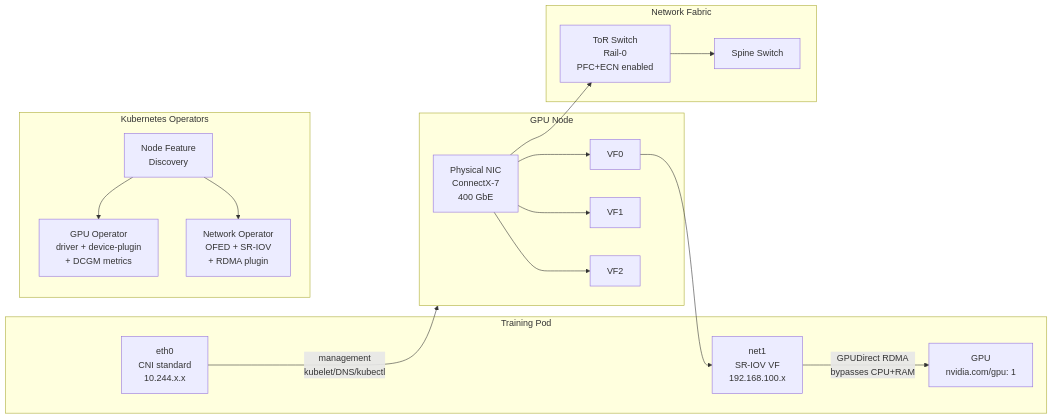
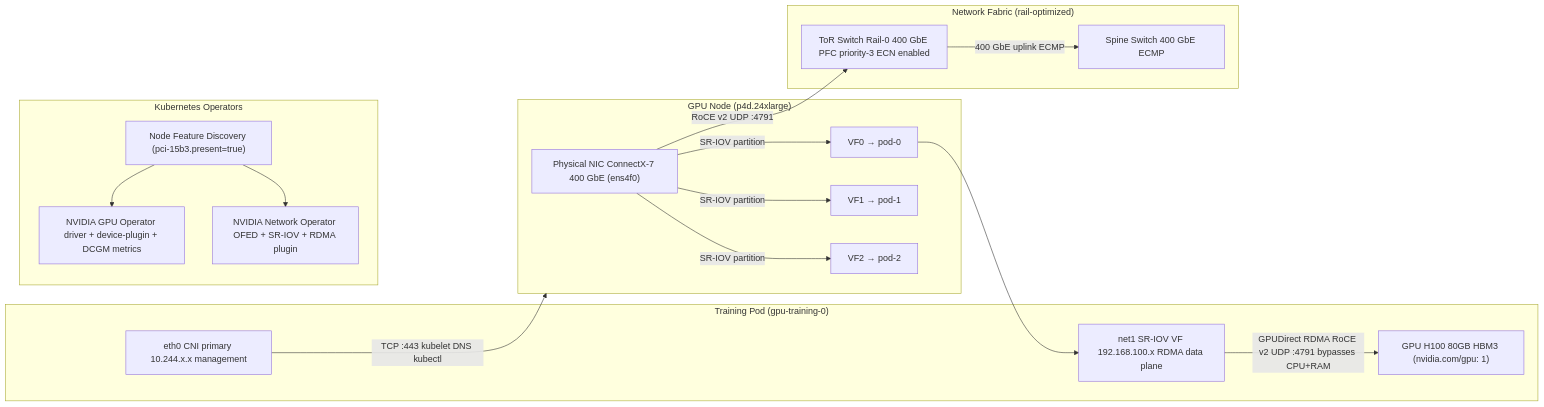
One commit to MykolaLebid/Kubernetes_networking_engineering changed the second of 4 diagrams in lessons/34-ai-platform-networking.md. Above: the diagram before and after it, drawn with Mermaid. The commit also changed other lines of this file and 35 other files, not shown here.

First line of the commit message:
Restructure all 34 lessons: Theory/Practice split, richer diagrams, industry examples, navigation

````diff
--- a/lessons/34-ai-platform-networking.md
+++ b/lessons/34-ai-platform-networking.md
@@ -139,33 +130,33 @@
 ```mermaid
 flowchart LR
-    subgraph Pod["Training Pod"]
-        ETH[eth0\nCNI standard\n10.244.x.x]
-        NET1[net1\nSR-IOV VF\n192.168.100.x]
-        GPU[GPU\nnvidia.com/gpu: 1]
-        NET1 -->|GPUDirect RDMA\nbypasses CPU+RAM| GPU
+    subgraph Pod["Training Pod (gpu-training-0)"]
+        ETH["eth0 CNI primary 10.244.x.x management"]
+        NET1["net1 SR-IOV VF 192.168.100.x RDMA data plane"]
+        GPU["GPU H100 80GB HBM3 (nvidia.com/gpu: 1)"]
+        NET1 --"GPUDirect RDMA RoCE v2 UDP :4791 bypasses CPU+RAM"--> GPU
     end
-    subgraph Node["GPU Node"]
-        PF[Physical NIC\nConnectX-7\n400 GbE]
-        VF0[VF0]
-        VF1[VF1]
-        VF2[VF2]
-        PF --> VF0
-        PF --> VF1
-        PF --> VF2
+    subgraph Node["GPU Node (p4d.24xlarge)"]
+        PF["Physical NIC ConnectX-7 400 GbE (ens4f0)"]
+        VF0["VF0 → pod-0"]
+        VF1["VF1 → pod-1"]
+        VF2["VF2 → pod-2"]
+        PF --"SR-IOV partition"--> VF0
+        PF --"SR-IOV partition"--> VF1
+        PF --"SR-IOV partition"--> VF2
         VF0 --> NET1
     end
     subgraph Ops["Kubernetes Operators"]
-        NFD[Node Feature\nDiscovery]
-        GPUOp[GPU Operator\ndriver + device-plugin\n+ DCGM metrics]
-        NetOp[Network Operator\nOFED + SR-IOV\n+ RDMA plugin]
+        NFD["Node Feature Discovery (pci-15b3.present=true)"]
+        GPUOp["NVIDIA GPU Operator driver + device-plugin + DCGM metrics"]
+        NetOp["NVIDIA Network Operator OFED + SR-IOV + RDMA plugin"]
     end
-    subgraph Fabric["Network Fabric"]
-        ToR[ToR Switch\nRail-0\nPFC+ECN enabled]
-        Spine[Spine Switch]
-        ToR --> Spine
+    subgraph Fabric["Network Fabric (rail-optimized)"]
+        ToR["ToR Switch Rail-0 400 GbE PFC priority-3 ECN enabled"]
+        Spine["Spine Switch 400 GbE ECMP"]
+        ToR --"400 GbE uplink ECMP"--> Spine
     end
-    PF --> ToR
-    ETH -->|management\nkubelet/DNS/kubectl| Node
+    PF --"RoCE v2 UDP :4791"--> ToR
+    ETH --"TCP :443 kubelet DNS kubectl"--> Node
     NFD --> GPUOp
     NFD --> NetOp
 ```
````
